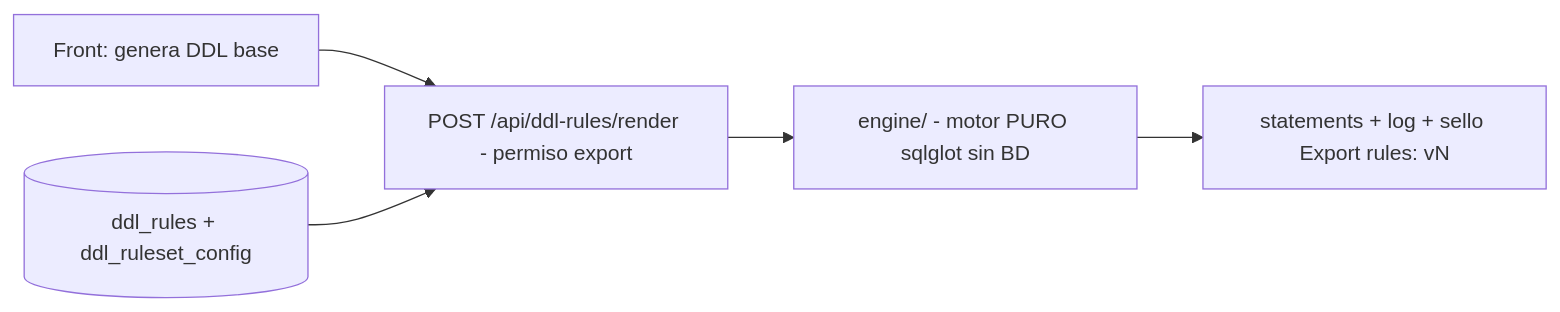
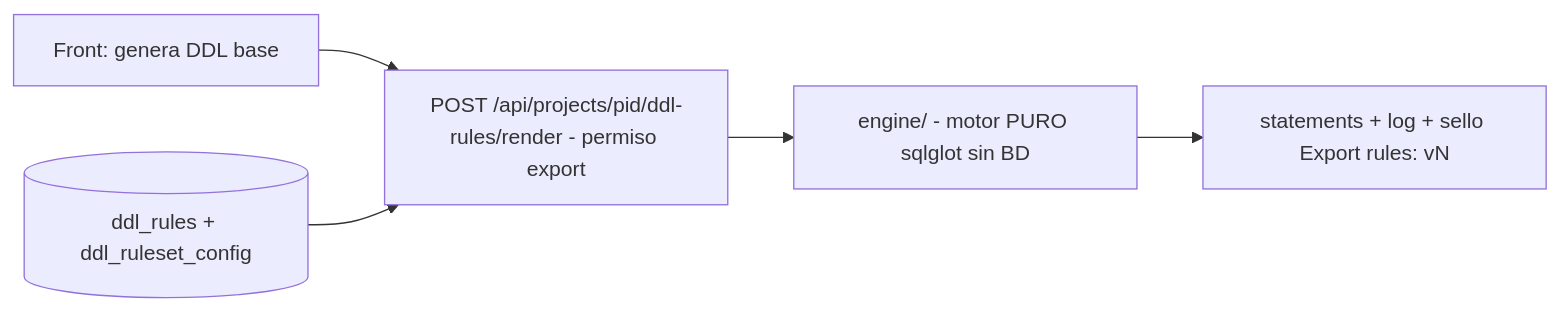
One commit to Carlosmps97/backend-data-model-hub changed the sixth of 7 diagrams in doc/arquitectura.md. Above: the diagram before and after it, drawn with Mermaid. The commit also changed other lines of this file and 248 other files, not shown here.

````diff
--- a/doc/arquitectura.md
+++ b/doc/arquitectura.md
@@ -430,7 +443,7 @@
 ```mermaid
 flowchart LR
-    FE[Front: genera DDL base] --> RENDER[POST /api/ddl-rules/render - permiso export]
+    FE[Front: genera DDL base] --> RENDER[POST /api/projects/pid/ddl-rules/render - permiso export]
     RULES[(ddl_rules + ddl_ruleset_config)] --> RENDER
     RENDER --> ENGINE[engine/ - motor PURO sqlglot sin BD]
     ENGINE --> OUT[statements + log + sello Export rules: vN]
 ```
````
